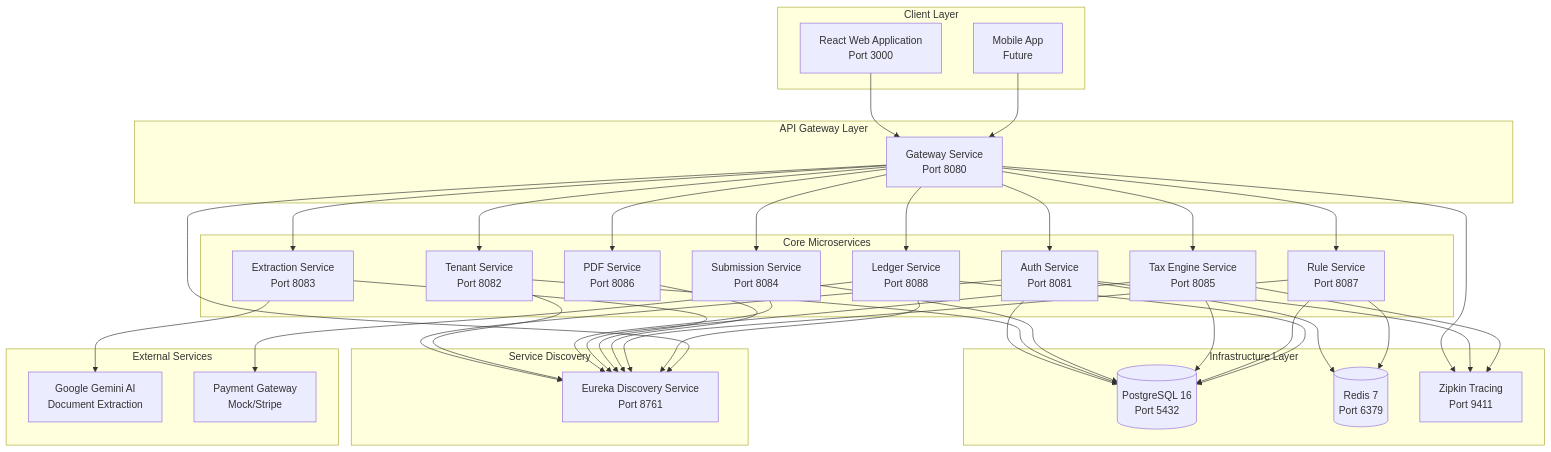
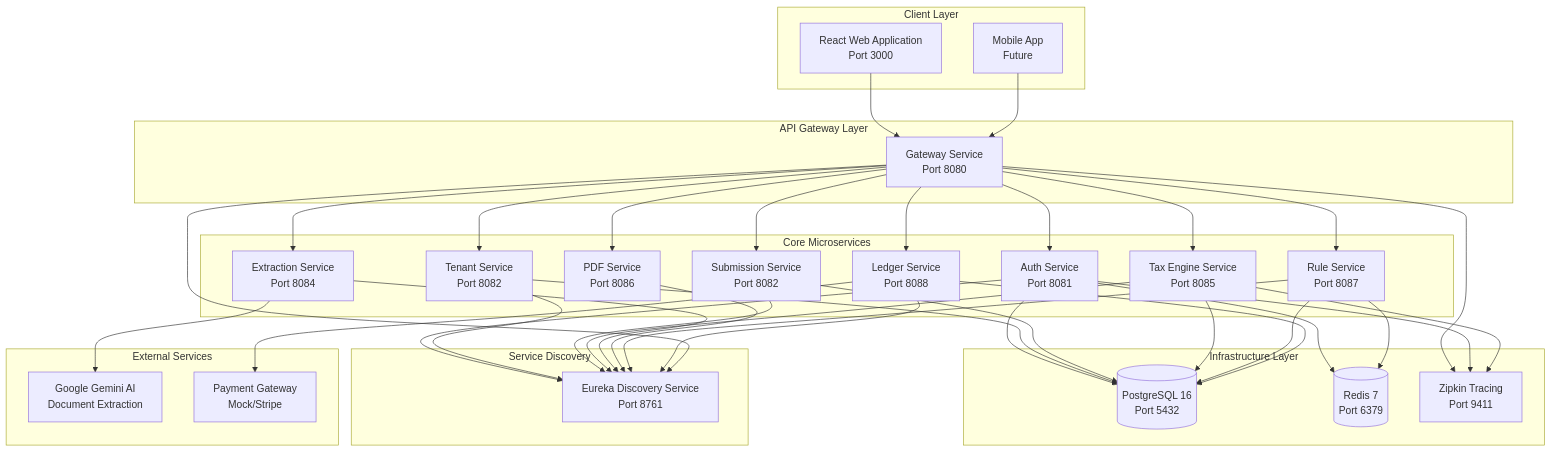
Before and after one commit to shashanksaxena-tz/munciplaityTax: the first of 5 diagrams in docs/ARCHITECTURE.md, drawn with Mermaid. The commit also changed other lines of this file and 1 other file, not shown here.

Commit message:
Update port numbers for Extraction and Submission services in documentation

````diff
--- a/docs/ARCHITECTURE.md
+++ b/docs/ARCHITECTURE.md
@@ -11,76 +11,76 @@
 ```mermaid
 graph TB
     subgraph "Client Layer"
         WEB[React Web Application<br/>Port 3000]
         MOBILE[Mobile App<br/>Future]
     end
 
     subgraph "API Gateway Layer"
         GW[Gateway Service<br/>Port 8080]
     end
 
     subgraph "Service Discovery"
         EUREKA[Eureka Discovery Service<br/>Port 8761]
     end
 
     subgraph "Core Microservices"
         AUTH[Auth Service<br/>Port 8081]
         TENANT[Tenant Service<br/>Port 8082]
-        SUBMISSION[Submission Service<br/>Port 8084]
+        SUBMISSION[Submission Service<br/>Port 8082]
         TAX[Tax Engine Service<br/>Port 8085]
-        EXTRACT[Extraction Service<br/>Port 8083]
+        EXTRACT[Extraction Service<br/>Port 8084]
         PDF[PDF Service<br/>Port 8086]
         RULE[Rule Service<br/>Port 8087]
         LEDGER[Ledger Service<br/>Port 8088]
     end
 
     subgraph "Infrastructure Layer"
         PG[(PostgreSQL 16<br/>Port 5432)]
         REDIS[(Redis 7<br/>Port 6379)]
         ZIPKIN[Zipkin Tracing<br/>Port 9411]
     end
 
     subgraph "External Services"
         GEMINI[Google Gemini AI<br/>Document Extraction]
         PAYMENT[Payment Gateway<br/>Mock/Stripe]
     end
 
     WEB --> GW
     MOBILE --> GW
     
     GW --> AUTH
     GW --> TENANT
     GW --> SUBMISSION
     GW --> TAX
     GW --> EXTRACT
     GW --> PDF
     GW --> RULE
     GW --> LEDGER
     
     AUTH --> EUREKA
     TENANT --> EUREKA
     SUBMISSION --> EUREKA
     TAX --> EUREKA
     EXTRACT --> EUREKA
     PDF --> EUREKA
     RULE --> EUREKA
     LEDGER --> EUREKA
     GW --> EUREKA
     
     AUTH --> PG
     TENANT --> PG
     SUBMISSION --> PG
     TAX --> PG
     RULE --> PG
     LEDGER --> PG
     
     AUTH --> REDIS
     RULE --> REDIS
     
     EXTRACT --> GEMINI
     LEDGER --> PAYMENT
     
     GW --> ZIPKIN
     AUTH --> ZIPKIN
     TAX --> ZIPKIN
 ```
````
